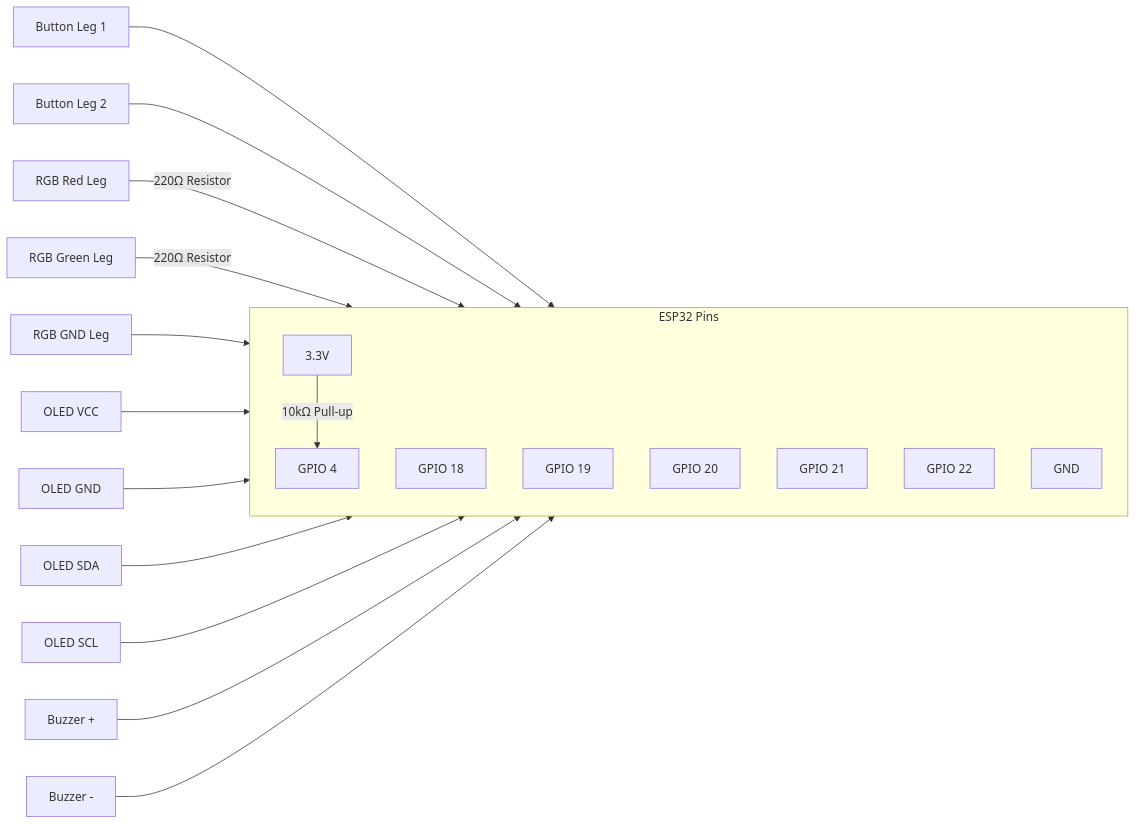
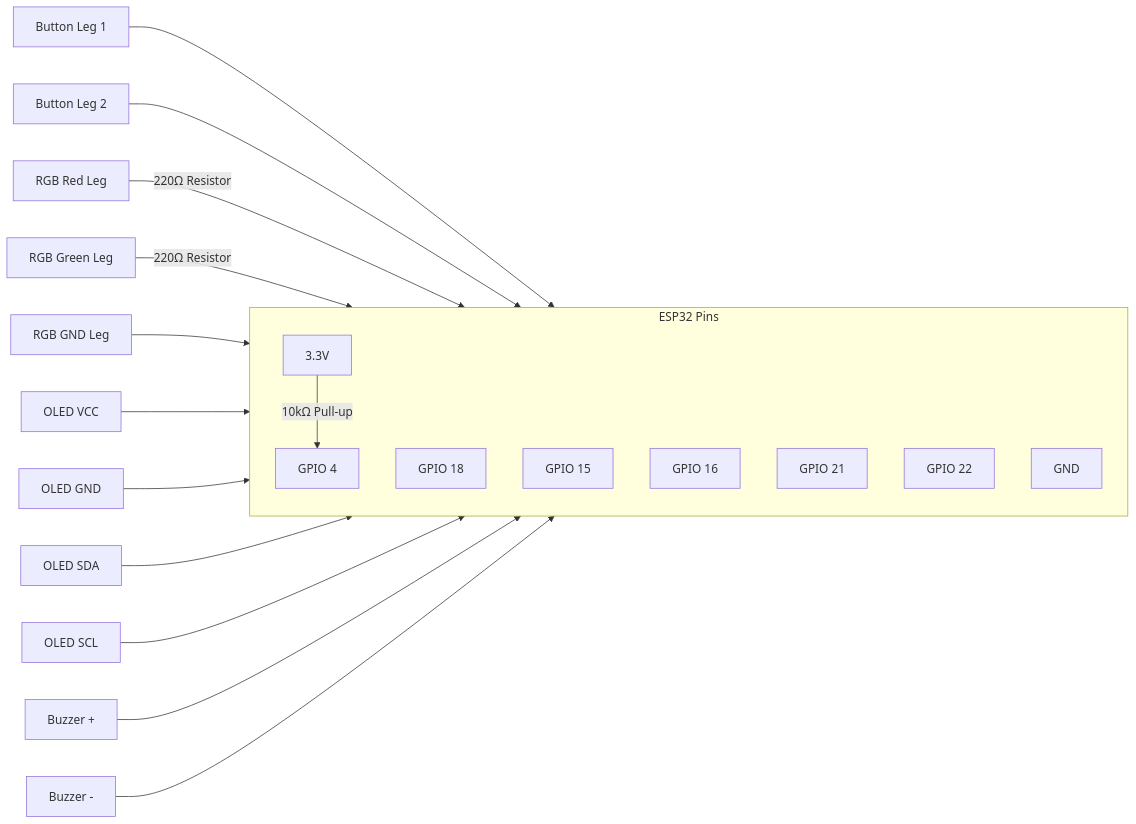
The diagram in docs/setup.md (anzinmhd/esp32-trading-killswitch), drawn with Mermaid before and after one commit. The commit also changed other lines of this file and 3 other files, not shown here.

Commit message:
docs: fix pin mapping, file paths, and roadmap status

````diff
--- a/docs/setup.md
+++ b/docs/setup.md
@@ -99,35 +99,35 @@
 ```mermaid
 flowchart LR
     %% ESP32 Pins
     subgraph ESP32["ESP32 Pins"]
         direction TB
         G4[GPIO 4]
         G18[GPIO 18]
-        G19[GPIO 19]
-        G20[GPIO 20]
+        G15[GPIO 15]
+        G16[GPIO 16]
         G21[GPIO 21]
         G22[GPIO 22]
         V33[3.3V]
         GND[GND]
     end
 
     %% Button
     Btn[Button Leg 1] --> G4
     BtnG[Button Leg 2] --> GND
     V33 -- "10kΩ Pull-up" --> G4
 
     %% LED
-    LEDR[RGB Red Leg] -- "220Ω Resistor" --> G19
-    LEDG[RGB Green Leg] -- "220Ω Resistor" --> G20
+    LEDR[RGB Red Leg] -- "220Ω Resistor" --> G15
+    LEDG[RGB Green Leg] -- "220Ω Resistor" --> G16
     LEDGND[RGB GND Leg] --> GND
 
     %% OLED
     OLED_V[OLED VCC] --> V33
     OLED_G[OLED GND] --> GND
     OLED_SDA[OLED SDA] --> G21
     OLED_SCL[OLED SCL] --> G22
 
     %% Buzzer
     BuzzP[Buzzer +] --> G18
     BuzzN[Buzzer -] --> GND
 ```
````
